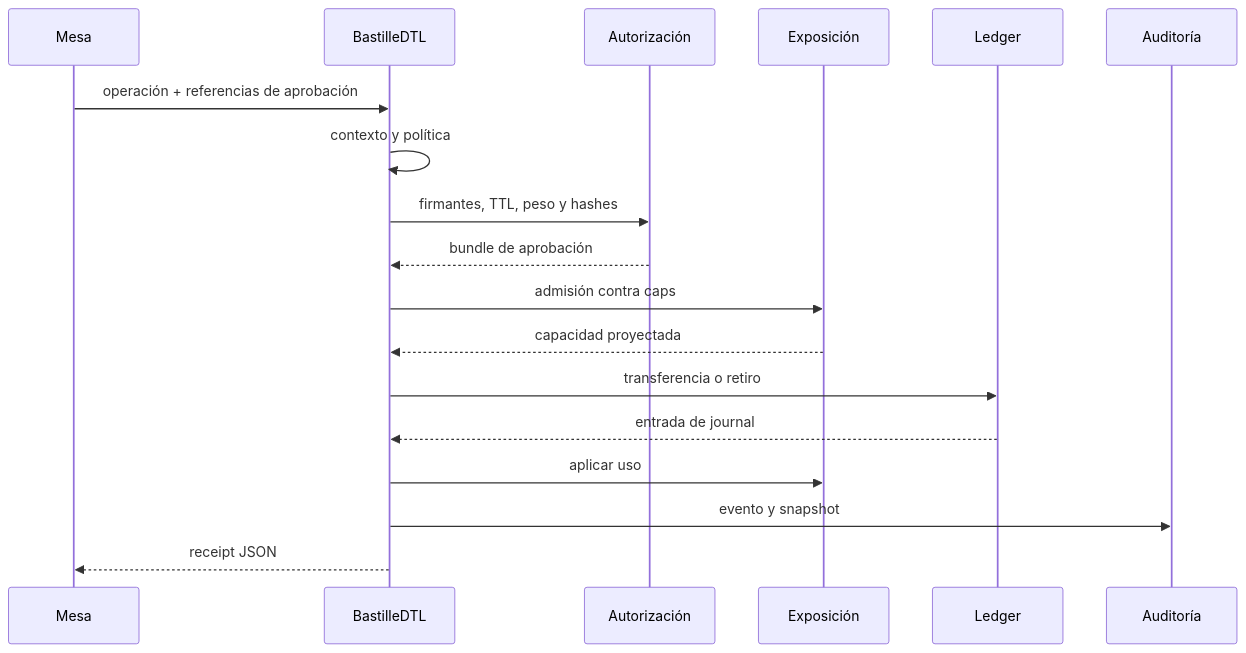
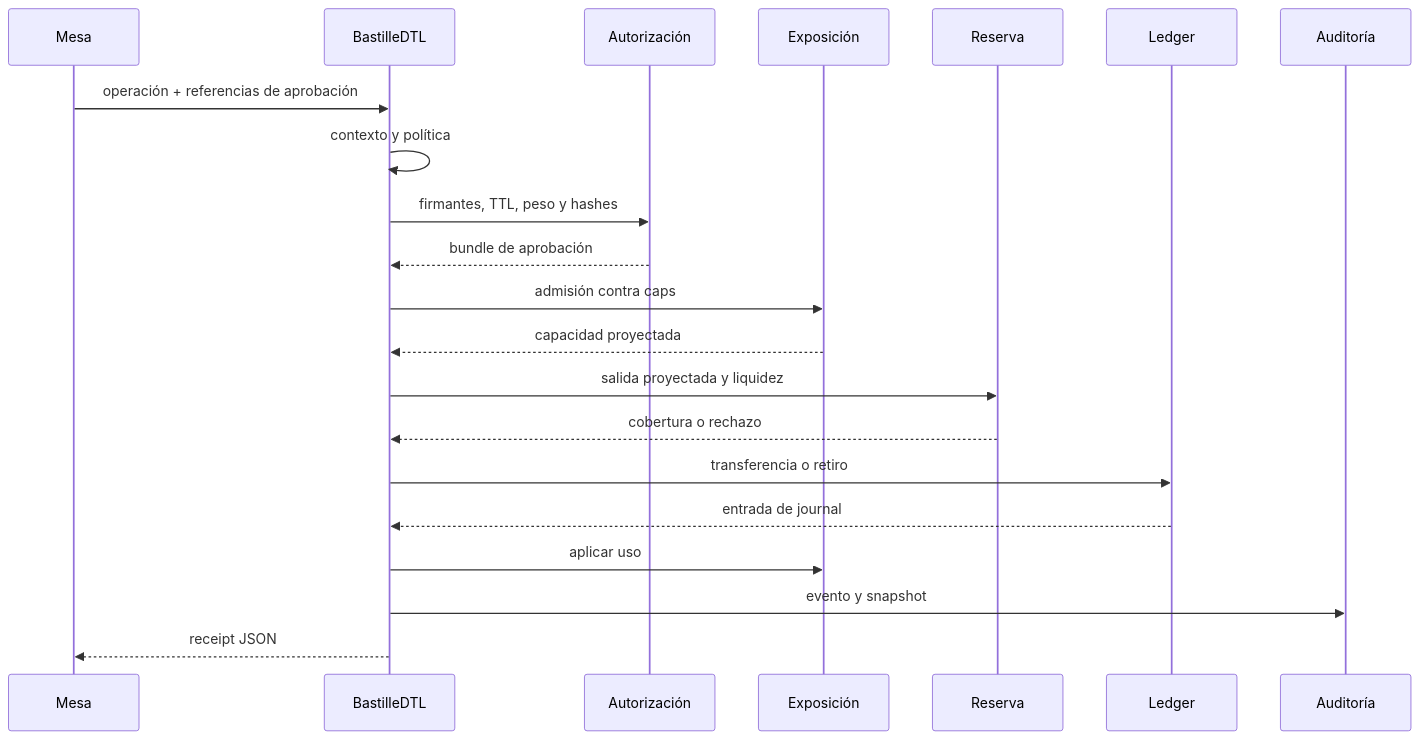
Before and after one commit to SolguardLabs/BastilleDTL: the second of 3 diagrams in README.md, drawn with Mermaid. The commit also changed other lines of this file and 23 other files, not shown here.

````diff
--- a/README.md
+++ b/README.md
@@ -63,21 +66,24 @@
 ```mermaid
 sequenceDiagram
     participant Desk as Mesa
     participant Service as BastilleDTL
     participant Auth as Autorización
     participant Exposure as Exposición
+    participant Reserve as Reserva
     participant Ledger as Ledger
     participant Audit as Auditoría
 
     Desk->>Service: operación + referencias de aprobación
     Service->>Service: contexto y política
     Service->>Auth: firmantes, TTL, peso y hashes
     Auth-->>Service: bundle de aprobación
     Service->>Exposure: admisión contra caps
     Exposure-->>Service: capacidad proyectada
+    Service->>Reserve: salida proyectada y liquidez
+    Reserve-->>Service: cobertura o rechazo
     Service->>Ledger: transferencia o retiro
     Ledger-->>Service: entrada de journal
     Service->>Exposure: aplicar uso
     Service->>Audit: evento y snapshot
     Service-->>Desk: receipt JSON
 ```
````
